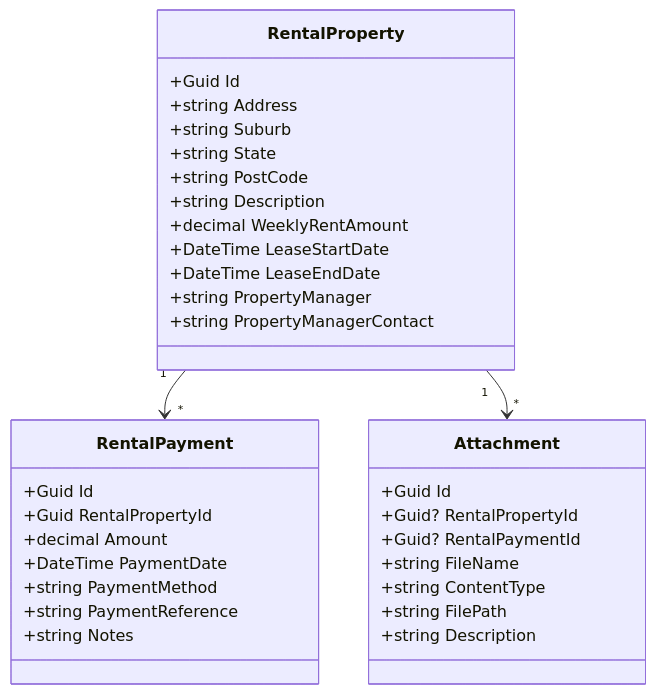
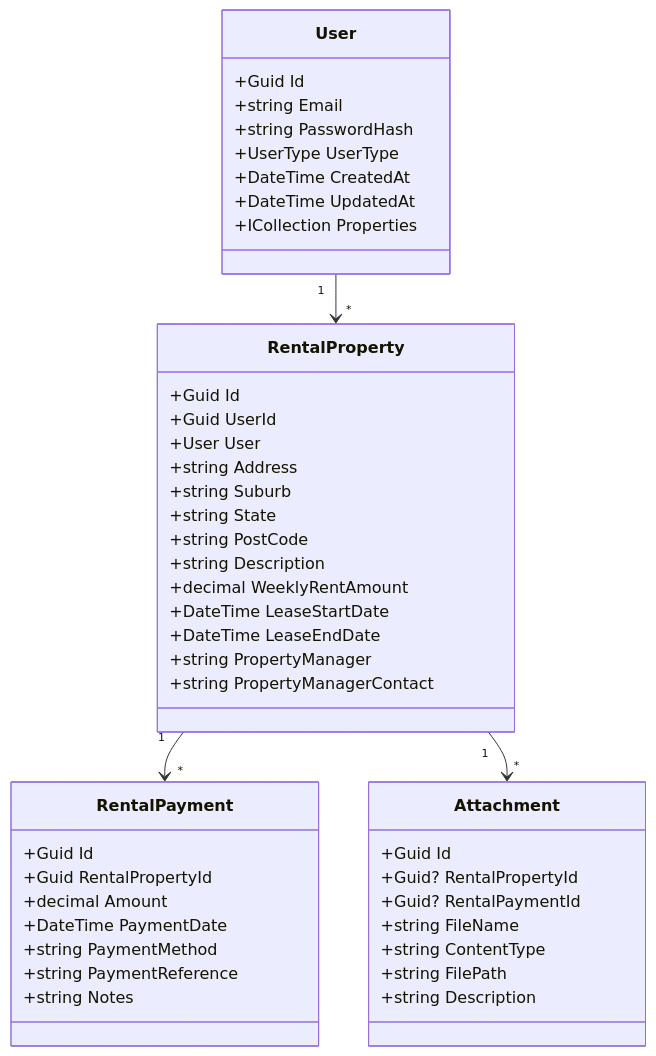
One commit to rohanmarathe567-code/RentTracker changed the third of 7 diagrams in README.md. Above: the diagram before and after it, drawn with Mermaid. The commit also changed other lines of this file and 2 other files, not shown here.

````diff
--- a/README.md
+++ b/README.md
@@ -160,36 +261,48 @@
 ```mermaid
 classDiagram
+    class User {
+        +Guid Id
+        +string Email
+        +string PasswordHash
+        +UserType UserType
+        +DateTime CreatedAt
+        +DateTime UpdatedAt
+        +ICollection<RentalProperty> Properties
+    }
     class RentalProperty {
         +Guid Id
+        +Guid UserId
+        +User User
         +string Address
         +string Suburb
         +string State
         +string PostCode
         +string Description
         +decimal WeeklyRentAmount
         +DateTime LeaseStartDate
         +DateTime LeaseEndDate
         +string PropertyManager
         +string PropertyManagerContact
     }
     class RentalPayment {
         +Guid Id
         +Guid RentalPropertyId
         +decimal Amount
         +DateTime PaymentDate
         +string PaymentMethod
         +string PaymentReference
         +string Notes
     }
     class Attachment {
         +Guid Id
         +Guid? RentalPropertyId
         +Guid? RentalPaymentId
         +string FileName
         +string ContentType
         +string FilePath
         +string Description
     }
+    User "1" --> "*" RentalProperty
     RentalProperty "1" --> "*" RentalPayment
     RentalProperty "1" --> "*" Attachment
 ```
````
